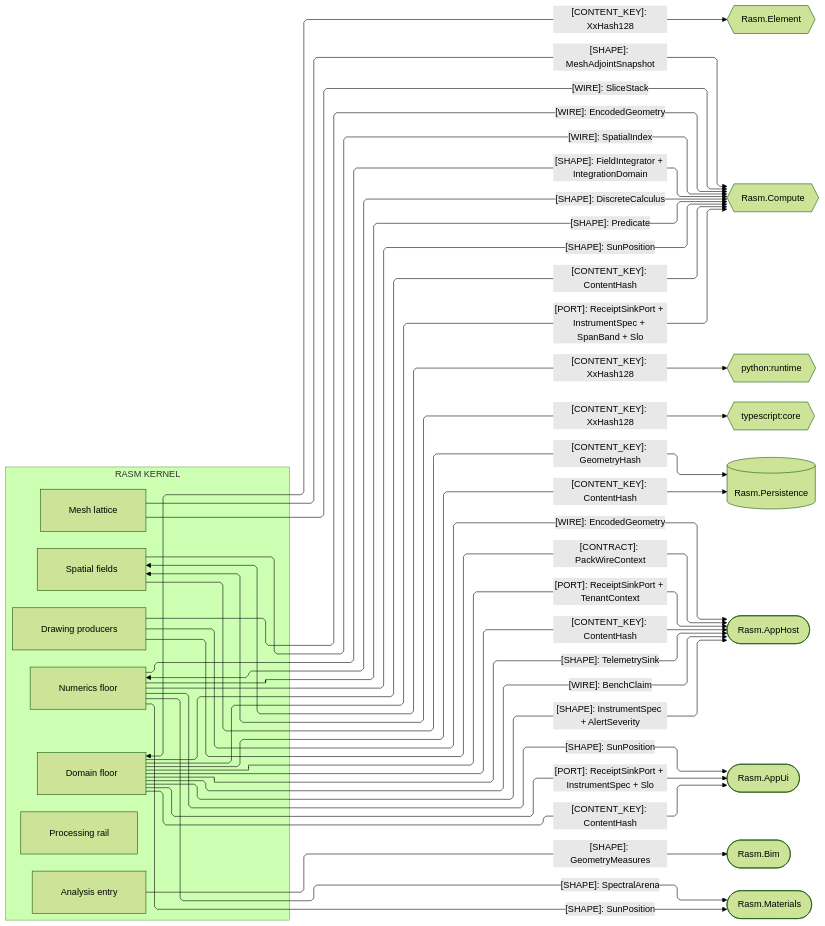
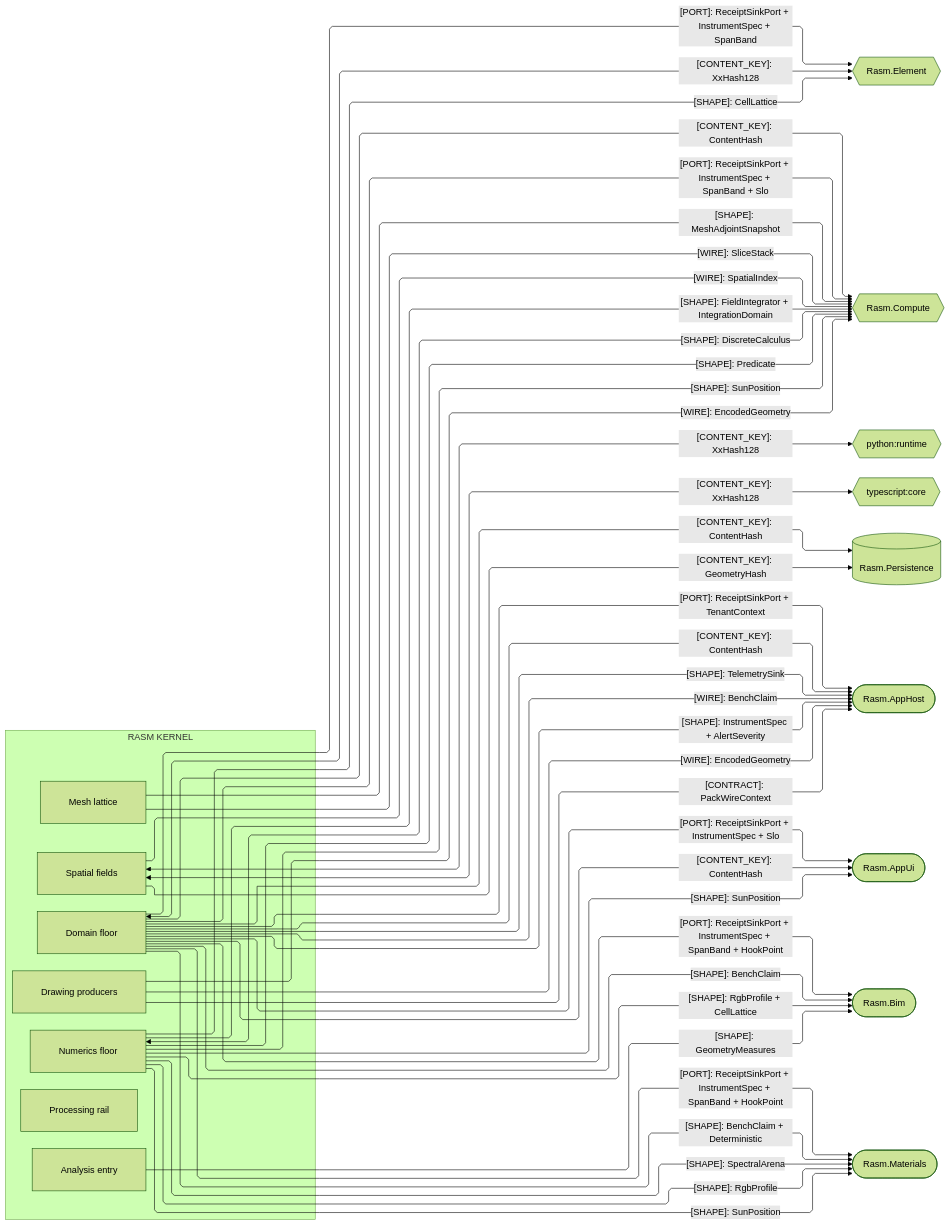
The second of 4 diagrams in libs/csharp/Rasm/ARCHITECTURE.md (bsamiee/Rasm), drawn with Mermaid (forest theme) before and after one commit. The commit also changed 747 other files, not shown here.

````diff
--- a/libs/csharp/Rasm/ARCHITECTURE.md
+++ b/libs/csharp/Rasm/ARCHITECTURE.md
@@ -149,58 +149,66 @@
 ```mermaid
 ---
 config:
   layout: elk
   flowchart:
     curve: linear
     padding: 25
 ---
 flowchart LR
     accTitle: Kernel content-key and compute-plane seams
     accDescr: Kernel owners federating content keys and handing compute, measure, and signal shapes, causal-frame ports, and encoded wires to same-branch and cross-runtime peers.
     subgraph rasm[RASM KERNEL]
         Domain[Domain floor]
         Numerics[Numerics floor]
         Spatial[Spatial fields]
         Meshing[Mesh lattice]
         Processing[Processing rail]
         Drawing[Drawing producers]
         Analysis[Analysis entry]
     end
     Element{{Rasm.Element}}
     Compute{{Rasm.Compute}}
     Runtime{{python:runtime}}
     Core{{typescript:core}}
     Persistence[(Rasm.Persistence)]
     AppHost([Rasm.AppHost])
     AppUi([Rasm.AppUi])
     Bim([Rasm.Bim])
     Materials([Rasm.Materials])
     Domain e1@<-->|"[CONTENT_KEY]: XxHash128"| Element
     Domain e2@-->|"[CONTENT_KEY]: ContentHash"| Persistence
     Domain e3@-->|"[CONTENT_KEY]: ContentHash"| Compute
     Domain e4@-->|"[CONTENT_KEY]: ContentHash"| AppHost
     Domain e5@-->|"[CONTENT_KEY]: ContentHash"| AppUi
     Spatial e6@-->|"[CONTENT_KEY]: GeometryHash"| Persistence
     Spatial e7@<-->|"[CONTENT_KEY]: XxHash128"| Runtime
     Spatial e8@<-->|"[CONTENT_KEY]: XxHash128"| Core
     Numerics e9@<-->|"[SHAPE]: DiscreteCalculus"| Compute
     Numerics e16@-->|"[SHAPE]: Predicate"| Compute
     Meshing e10@-->|"[SHAPE]: MeshAdjointSnapshot"| Compute
     Meshing e11@-->|"[WIRE]: SliceStack"| Compute
     Spatial e12@-->|"[WIRE]: SpatialIndex"| Compute
     Drawing e14@-->|"[WIRE]: EncodedGeometry"| Compute
     Drawing e15@-->|"[WIRE]: EncodedGeometry"| AppHost
     Drawing e24@-->|"[CONTRACT]: PackWireContext"| AppHost
     Domain e17@-->|"[SHAPE]: TelemetrySink"| AppHost
     Domain e18@-->|"[WIRE]: BenchClaim"| AppHost
     Domain e20@-->|"[SHAPE]: InstrumentSpec + AlertSeverity"| AppHost
     Domain e21@-->|"[PORT]: ReceiptSinkPort + TenantContext"| AppHost
     Domain e22@-->|"[PORT]: ReceiptSinkPort + InstrumentSpec + Slo"| AppUi
     Domain e23@-->|"[PORT]: ReceiptSinkPort + InstrumentSpec + SpanBand + Slo"| Compute
     Analysis e19@-->|"[SHAPE]: GeometryMeasures"| Bim
+    Domain e30@-->|"[PORT]: ReceiptSinkPort + InstrumentSpec + SpanBand"| Element
+    Domain e31@-->|"[PORT]: ReceiptSinkPort + InstrumentSpec + SpanBand + HookPoint"| Bim
+    Domain e32@-->|"[PORT]: ReceiptSinkPort + InstrumentSpec + SpanBand + HookPoint"| Materials
+    Domain e33@-->|"[SHAPE]: BenchClaim + Deterministic"| Materials
+    Domain e34@-->|"[SHAPE]: BenchClaim"| Bim
+    Numerics e35@-->|"[SHAPE]: CellLattice"| Element
+    Numerics e36@-->|"[SHAPE]: RgbProfile + CellLattice"| Bim
+    Numerics e37@-->|"[SHAPE]: RgbProfile"| Materials
     Numerics e25@-->|"[SHAPE]: SunPosition"| Compute
     Numerics e26@-->|"[SHAPE]: SunPosition"| AppUi
     Numerics e27@-->|"[SHAPE]: SunPosition"| Materials
     Numerics e28@-->|"[SHAPE]: SpectralArena"| Materials
     Numerics e29@-->|"[SHAPE]: FieldIntegrator + IntegrationDomain"| Compute
 ```
````
